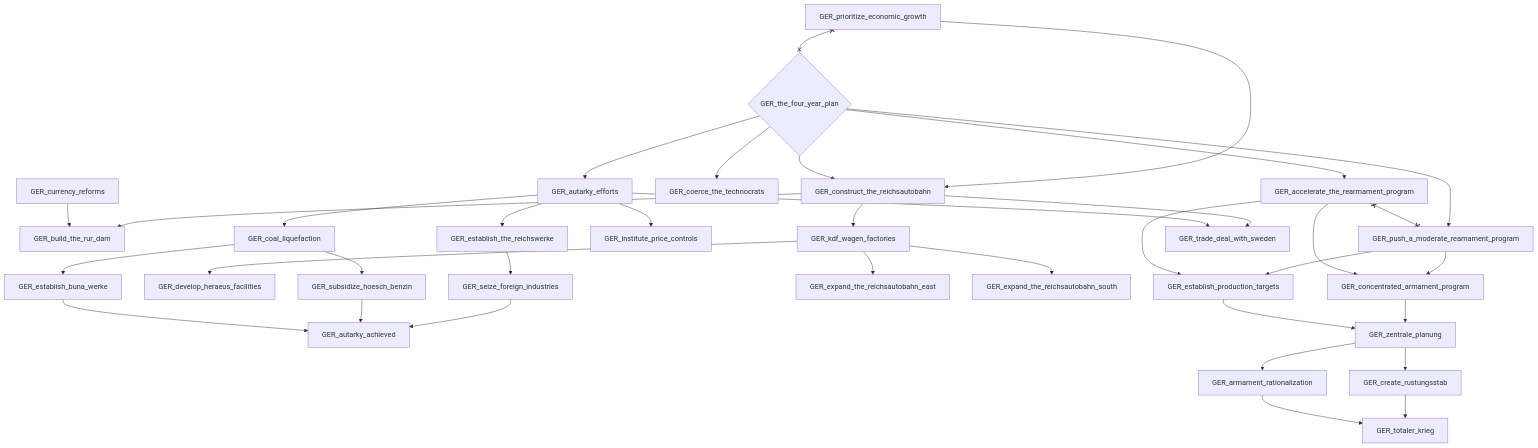
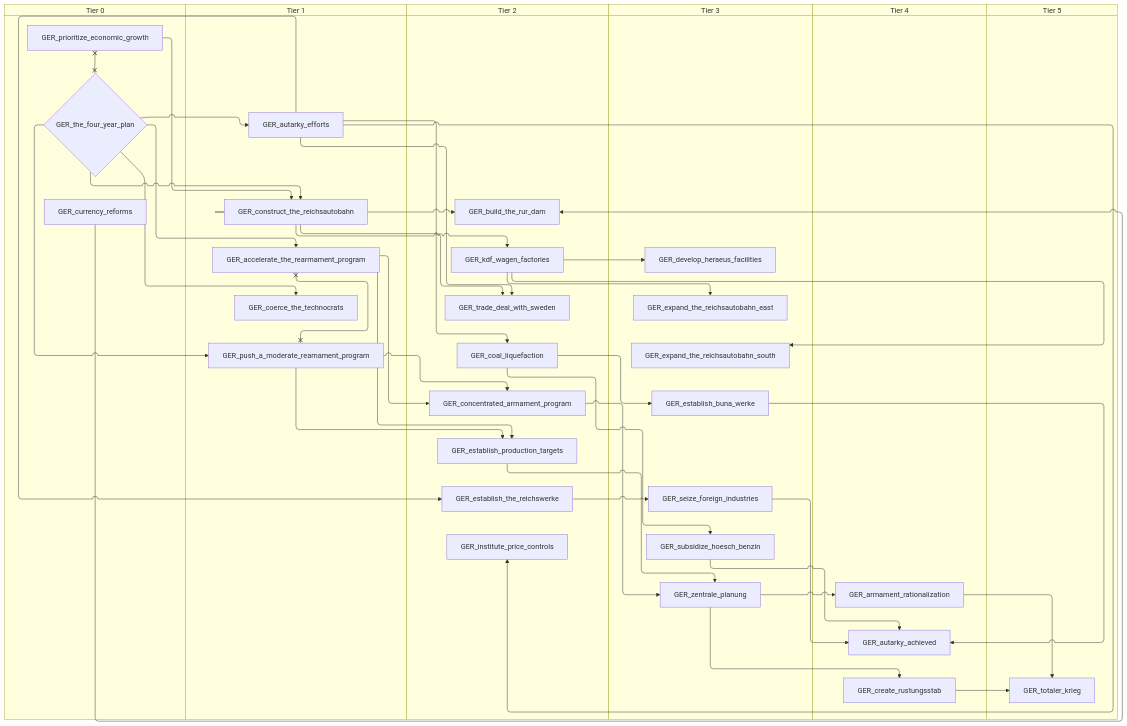
One commit to evgeny-sobol/hoi4-sandbox-mode-r56 changed diagram 13 of 13 in docs/gdd/National Focuses/germany.md. Above: the diagram before and after it, drawn with Mermaid. The commit also changed other lines of this file and 423 other files, not shown here.

First line of the commit message:
Re-export Rt56 focus trees as swimlane diagrams

````diff
--- a/docs/gdd/National Focuses/germany.md
+++ b/docs/gdd/National Focuses/germany.md
@@ -2787,65 +3021,77 @@
 ```mermaid
-flowchart TD
-    n894["GER_accelerate_the_rearmament_program"]
-    n895["GER_armament_rationalization"]
-    n896["GER_autarky_achieved"]
-    n727["GER_autarky_efforts"]
-    n731["GER_build_the_rur_dam"]
-    n897["GER_coal_liquefaction"]
-    n898["GER_coerce_the_technocrats"]
-    n899["GER_concentrated_armament_program"]
-    n732["GER_construct_the_reichsautobahn"]
-    n900["GER_create_rustungsstab"]
-    n733["GER_currency_reforms"]
-    n734["GER_develop_heraeus_facilities"]
-    n901["GER_establish_buna_werke"]
-    n902["GER_establish_production_targets"]
-    n903["GER_establish_the_reichswerke"]
-    n736["GER_expand_the_reichsautobahn_east"]
-    n737["GER_expand_the_reichsautobahn_south"]
-    n904["GER_institute_price_controls"]
-    n744["GER_kdf_wagen_factories"]
-    n751["GER_prioritize_economic_growth"]
-    n905["GER_push_a_moderate_reamament_program"]
-    n906["GER_seize_foreign_industries"]
-    n907["GER_subsidize_hoesch_benzin"]
-    n762{"GER_the_four_year_plan"}
-    n908["GER_totaler_krieg"]
-    n765["GER_trade_deal_with_sweden"]
-    n909["GER_zentrale_planung"]
-    n762 --> n894
-    n909 --> n895
-    n906 --> n896
-    n907 --> n896
-    n901 --> n896
-    n762 --> n727
-    n732 --> n731
-    n733 --> n731
-    n727 --> n897
-    n762 --> n898
-    n905 --> n899
+swimlane-beta TD
+    subgraph tier_0["Tier 0"]
+        n727["GER_currency_reforms"]
+        n724["GER_prioritize_economic_growth"]
+        n725{"GER_the_four_year_plan"}
+    end
+    subgraph tier_1["Tier 1"]
+        n894["GER_accelerate_the_rearmament_program"]
+        n723["GER_autarky_efforts"]
+        n895["GER_coerce_the_technocrats"]
+        n726["GER_construct_the_reichsautobahn"]
+        n896["GER_push_a_moderate_reamament_program"]
+    end
+    subgraph tier_2["Tier 2"]
+        n730["GER_build_the_rur_dam"]
+        n897["GER_coal_liquefaction"]
+        n898["GER_concentrated_armament_program"]
+        n899["GER_establish_production_targets"]
+        n900["GER_establish_the_reichswerke"]
+        n901["GER_institute_price_controls"]
+        n732["GER_kdf_wagen_factories"]
+        n735["GER_trade_deal_with_sweden"]
+    end
+    subgraph tier_3["Tier 3"]
+        n737["GER_develop_heraeus_facilities"]
+        n902["GER_establish_buna_werke"]
+        n738["GER_expand_the_reichsautobahn_east"]
+        n739["GER_expand_the_reichsautobahn_south"]
+        n903["GER_seize_foreign_industries"]
+        n904["GER_subsidize_hoesch_benzin"]
+        n905["GER_zentrale_planung"]
+    end
+    subgraph tier_4["Tier 4"]
+        n906["GER_armament_rationalization"]
+        n907["GER_autarky_achieved"]
+        n908["GER_create_rustungsstab"]
+    end
+    subgraph tier_5["Tier 5"]
+        n909["GER_totaler_krieg"]
+    end
+    n725 --> n894
+    n905 --> n906
+    n903 --> n907
+    n904 --> n907
+    n902 --> n907
+    n725 --> n723
+    n726 --> n730
+    n727 --> n730
+    n723 --> n897
+    n725 --> n895
+    n896 --> n898
+    n894 --> n898
+    n724 --> n726
+    n725 --> n726
+    n905 --> n908
+    n732 --> n737
+    n897 --> n902
+    n896 --> n899
     n894 --> n899
-    n751 --> n732
-    n762 --> n732
-    n909 --> n900
-    n744 --> n734
-    n897 --> n901
-    n905 --> n902
-    n894 --> n902
-    n727 --> n903
-    n744 --> n736
-    n744 --> n737
-    n727 --> n904
-    n732 --> n744
-    n762 --> n905
-    n903 --> n906
-    n897 --> n907
-    n900 --> n908
-    n895 --> n908
-    n732 --> n765
-    n727 --> n765
-    n899 --> n909
-    n902 --> n909
-    n894 x--x n905
-    n751 x--x n762
+    n723 --> n900
+    n732 --> n738
+    n732 --> n739
+    n723 --> n901
+    n726 --> n732
+    n725 --> n896
+    n900 --> n903
+    n897 --> n904
+    n908 --> n909
+    n906 --> n909
+    n726 --> n735
+    n723 --> n735
+    n898 --> n905
+    n899 --> n905
+    n894 x--x n896
+    n724 x--x n725
 ```
````
